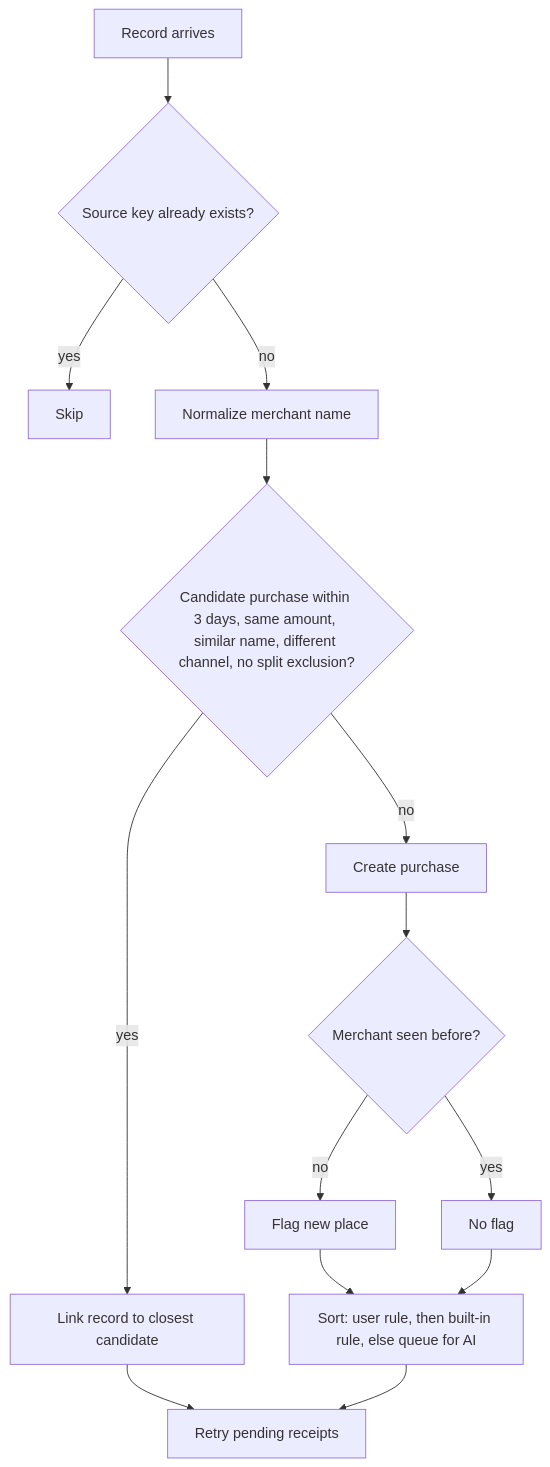
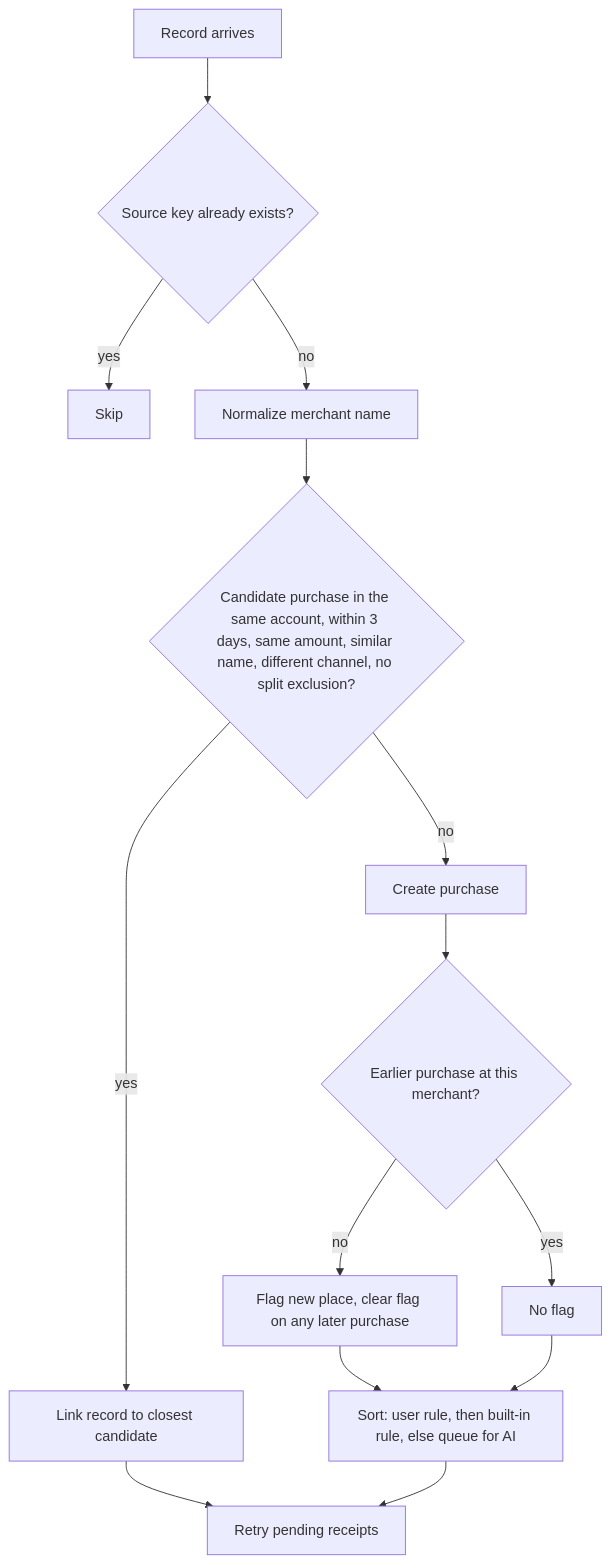
One commit to Mikechamp17/BudgetBud changed the second of 4 diagrams in docs/plans/2026-11-15-0015-feat-budgetbud-core-loop-plan.md. Above: the diagram before and after it, drawn with Mermaid. The commit also changed other lines of this file, not shown here.

````diff
--- a/docs/plans/2026-11-15-0015-feat-budgetbud-core-loop-plan.md
+++ b/docs/plans/2026-11-15-0015-feat-budgetbud-core-loop-plan.md
@@ -286,16 +289,16 @@
 ```mermaid
 flowchart TB
   A[Record arrives] --> B{Source key already exists?}
   B -->|yes| Z[Skip]
   B -->|no| C[Normalize merchant name]
-  C --> D{Candidate purchase within 3 days, same amount, similar name, different channel, no split exclusion?}
+  C --> D{Candidate purchase in the same account, within 3 days, same amount, similar name, different channel, no split exclusion?}
   D -->|yes| E[Link record to closest candidate]
   D -->|no| F[Create purchase]
-  F --> G{Merchant seen before?}
-  G -->|no| H[Flag new place]
+  F --> G{Earlier purchase at this merchant?}
+  G -->|no| H[Flag new place, clear flag on any later purchase]
   G -->|yes| I[No flag]
   H --> J[Sort: user rule, then built-in rule, else queue for AI]
   I --> J
   E --> K[Retry pending receipts]
   J --> K
 ```
````
